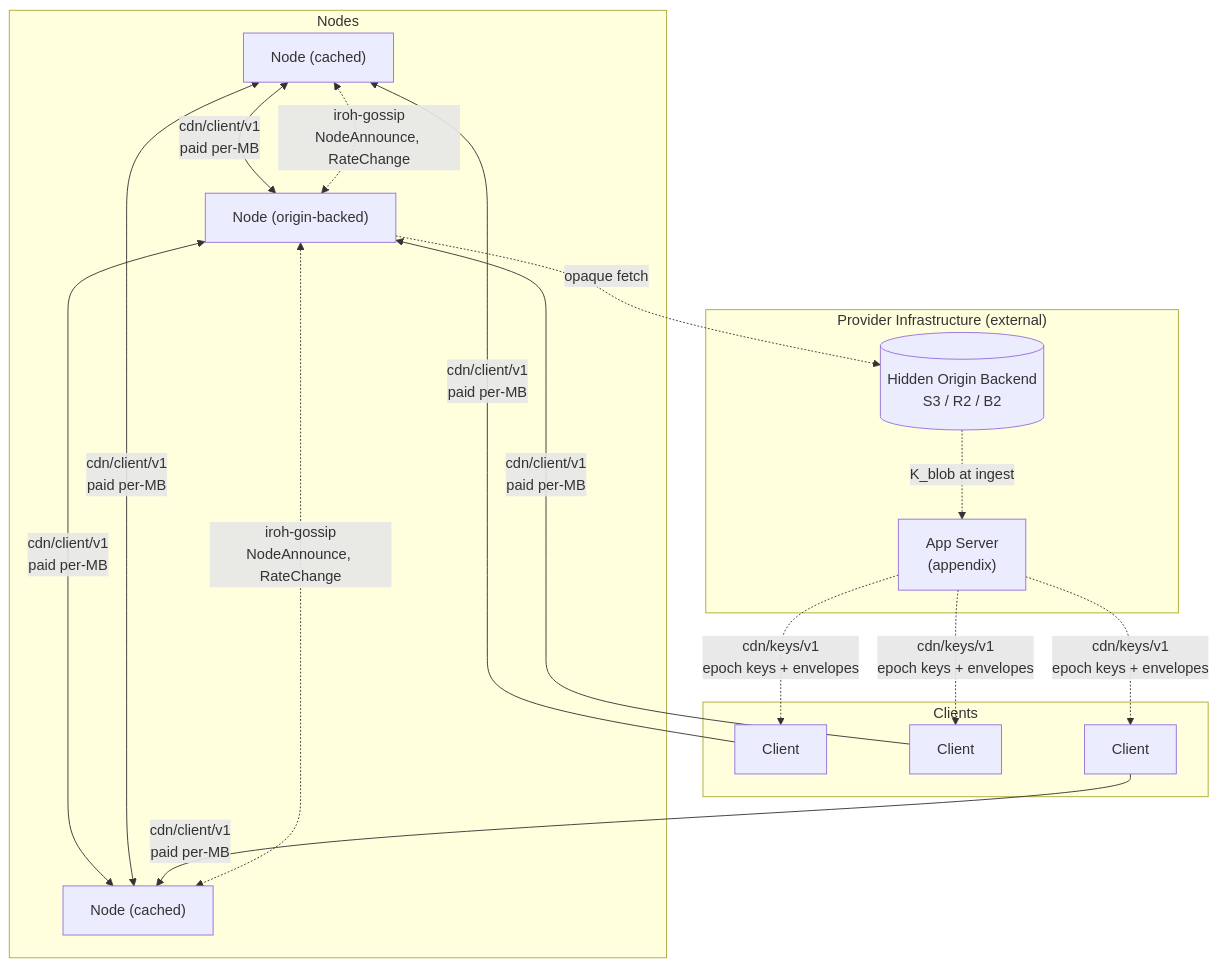
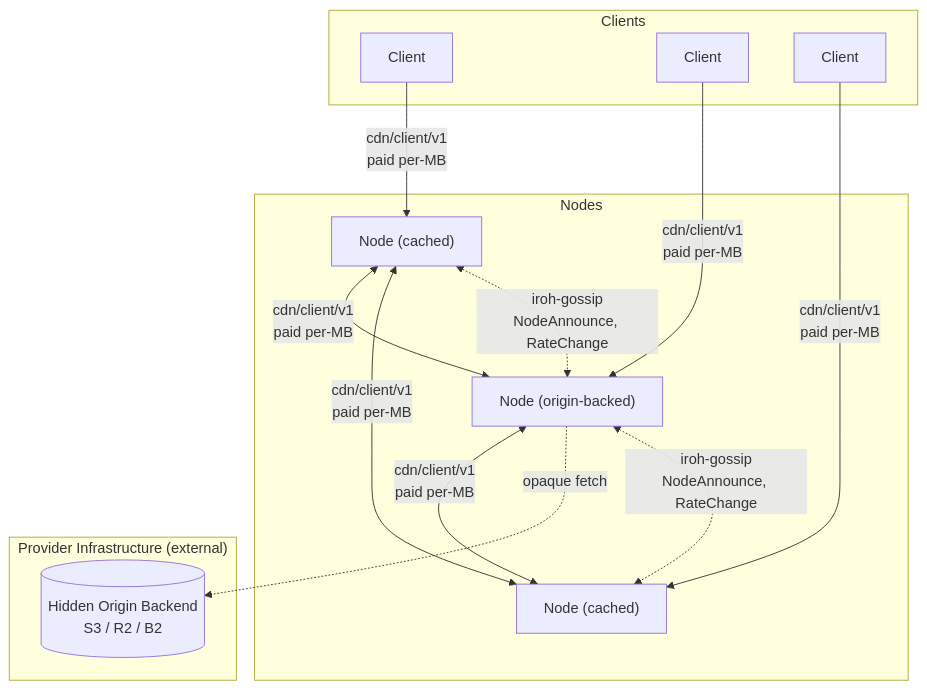
One commit to decdn/decdn changed the first of 3 diagrams in adr/architecture.md. Above: the diagram before and after it, drawn with Mermaid. The commit also changed other lines of this file and 7 other files, not shown here.

````diff
--- a/adr/architecture.md
+++ b/adr/architecture.md
@@ -21,37 +21,31 @@
 ```mermaid
 graph TD
     subgraph Nodes
         N1["Node (cached)"]
         N2["Node (origin-backed)"]
         N3["Node (cached)"]
     end
 
     subgraph Clients
         C1[Client]
         C2[Client]
         C3[Client]
     end
 
     subgraph "Provider Infrastructure (external)"
         S3[("Hidden Origin Backend<br/>S3 / R2 / B2")]
-        A["App Server<br/>(appendix)"]
     end
 
     N1 <-->|"cdn/client/v1<br/>paid per-MB"| N2
     N2 <-->|"cdn/client/v1<br/>paid per-MB"| N3
     N1 <-->|"cdn/client/v1<br/>paid per-MB"| N3
 
     C1 -->|"cdn/client/v1<br/>paid per-MB"| N1
     C2 -->|"cdn/client/v1<br/>paid per-MB"| N2
     C3 -->|"cdn/client/v1<br/>paid per-MB"| N3
 
     N2 -.->|opaque fetch| S3
 
     N1 <-.->|"iroh-gossip<br/>NodeAnnounce, RateChange"| N2
     N2 <-.->|"iroh-gossip<br/>NodeAnnounce, RateChange"| N3
-
-    S3 -.->|"K_blob at ingest"| A
-    A -.->|"cdn/keys/v1<br/>epoch keys + envelopes"| C1
-    A -.->|"cdn/keys/v1<br/>epoch keys + envelopes"| C2
-    A -.->|"cdn/keys/v1<br/>epoch keys + envelopes"| C3
 ```
````
